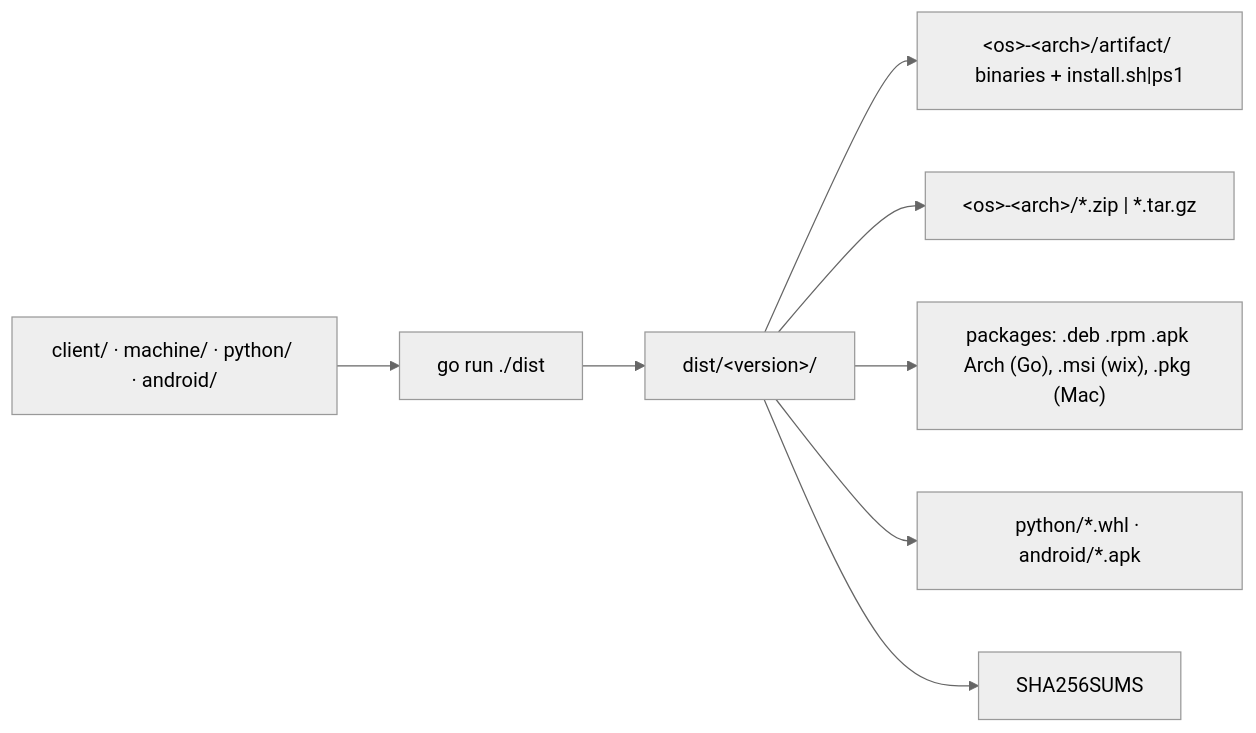
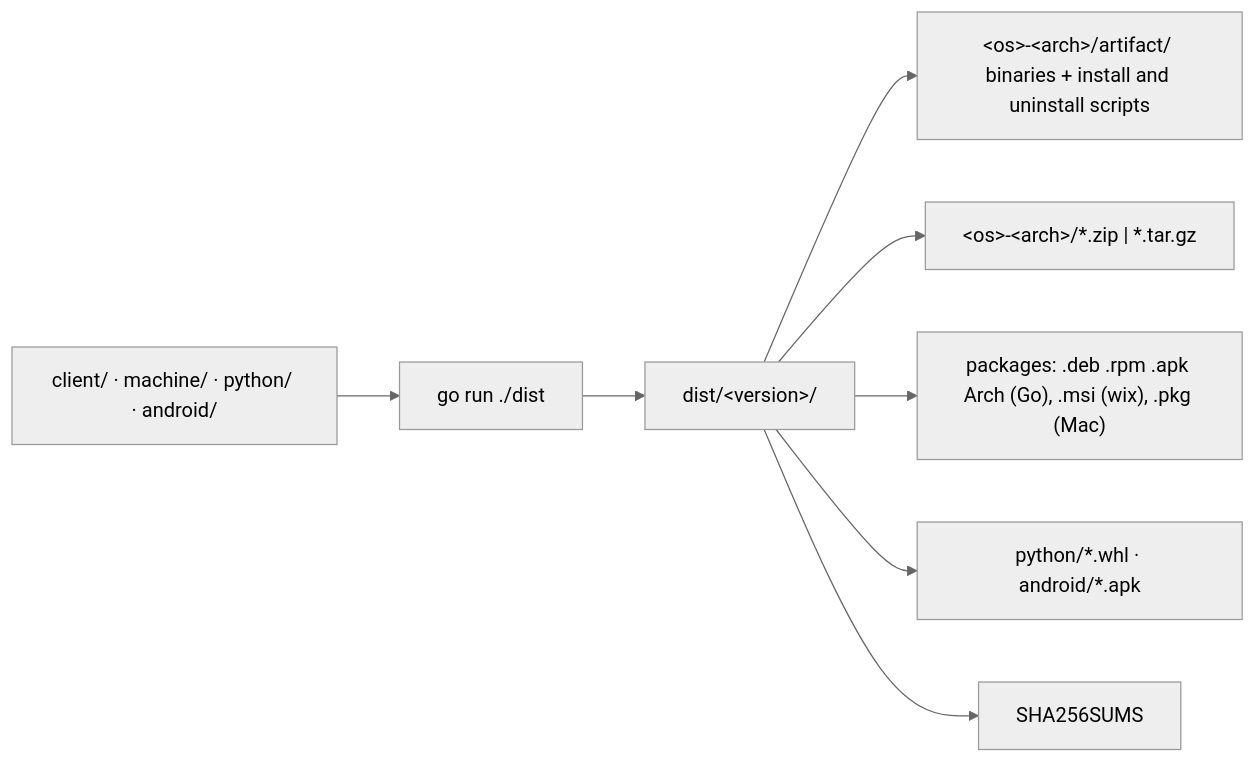
Before and after one commit to joeyenfield/ai-coding-agent-proxy: the diagram in .context/build-and-deploy.md, drawn with Mermaid (neutral theme). The commit also changed other lines of this file and 23 other files, not shown here.

Commit message:
Uninstall scripts: /uninstall.sh and /uninstall.ps1, in every archive, with --purge to sign out and delete settings

````diff
--- a/.context/build-and-deploy.md
+++ b/.context/build-and-deploy.md
@@ -17,10 +17,10 @@
 ```mermaid
 flowchart LR
   src["client/ · machine/ · python/ · android/"] --> dist["go run ./dist"]
   dist --> out["dist/&lt;version&gt;/"]
-  out --> a["&lt;os&gt;-&lt;arch&gt;/artifact/ binaries + install.sh|ps1"]
+  out --> a["&lt;os&gt;-&lt;arch&gt;/artifact/ binaries + install and uninstall scripts"]
   out --> b["&lt;os&gt;-&lt;arch&gt;/*.zip | *.tar.gz"]
   out --> c["packages: .deb .rpm .apk Arch (Go), .msi (wix), .pkg (Mac)"]
   out --> d["python/*.whl · android/*.apk"]
   out --> e["SHA256SUMS"]
 ```
````
